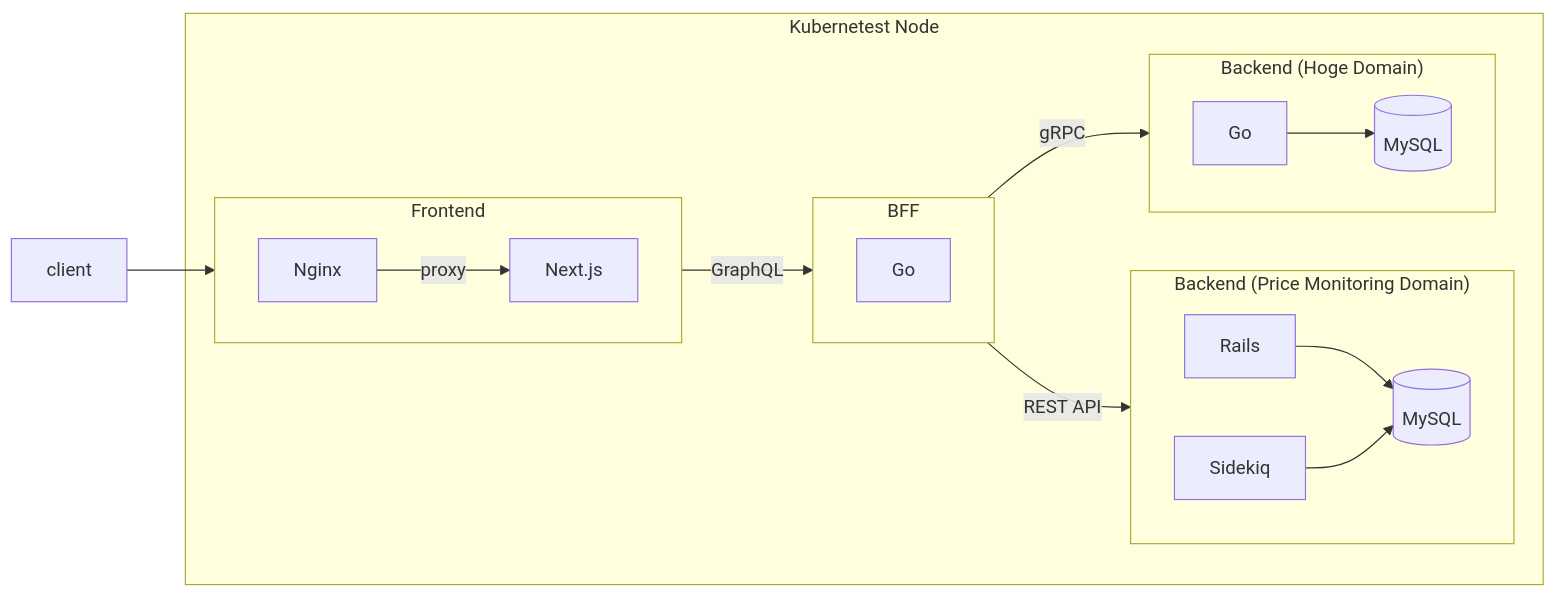
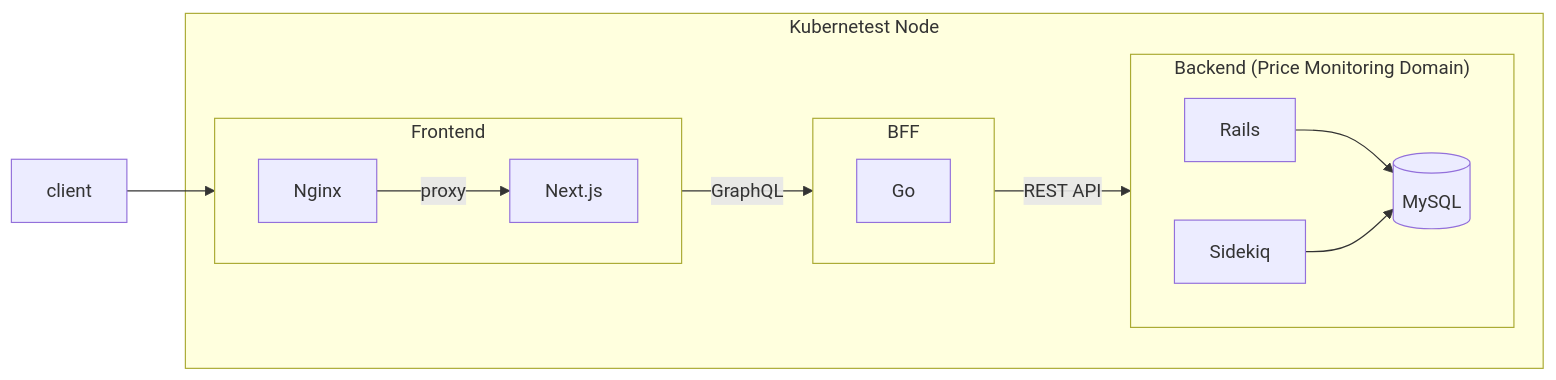
The first of 2 diagrams in README.md (kuroweb/price-monitoring), drawn with Mermaid before and after one commit. The commit also changed other lines of this file, not shown here.

````diff
--- a/README.md
+++ b/README.md
@@ -34,43 +34,33 @@
 ```mermaid
 flowchart LR
 subgraph Kubernetest Node
   subgraph frontend [Frontend]
     direction LR
 
     Nginx
     Next.js
 
     Nginx--proxy-->Next.js
   end
 
   subgraph bff [BFF]
     direction LR
 
     bff_go[Go]
   end
 
   subgraph price ["Backend (Price Monitoring Domain)"]
     direction LR
 
     price_rails[Rails]
     price_rails_batch[Sidekiq]
     price_rails_mysql[(MySQL)]
 
     price_rails-->price_rails_mysql
     price_rails_batch-->price_rails_mysql
   end
-
-  subgraph hoge ["Backend (Hoge Domain)"]
-    direction LR
-
-    hoge_go[Go]
-    hoge_go_mysql[(MySQL)]
-
-    hoge_go-->hoge_go_mysql
-  end
 end
 
 client-->frontend--GraphQL-->bff
 bff--REST API-->price
-bff--gRPC-->hoge
 ```
````
